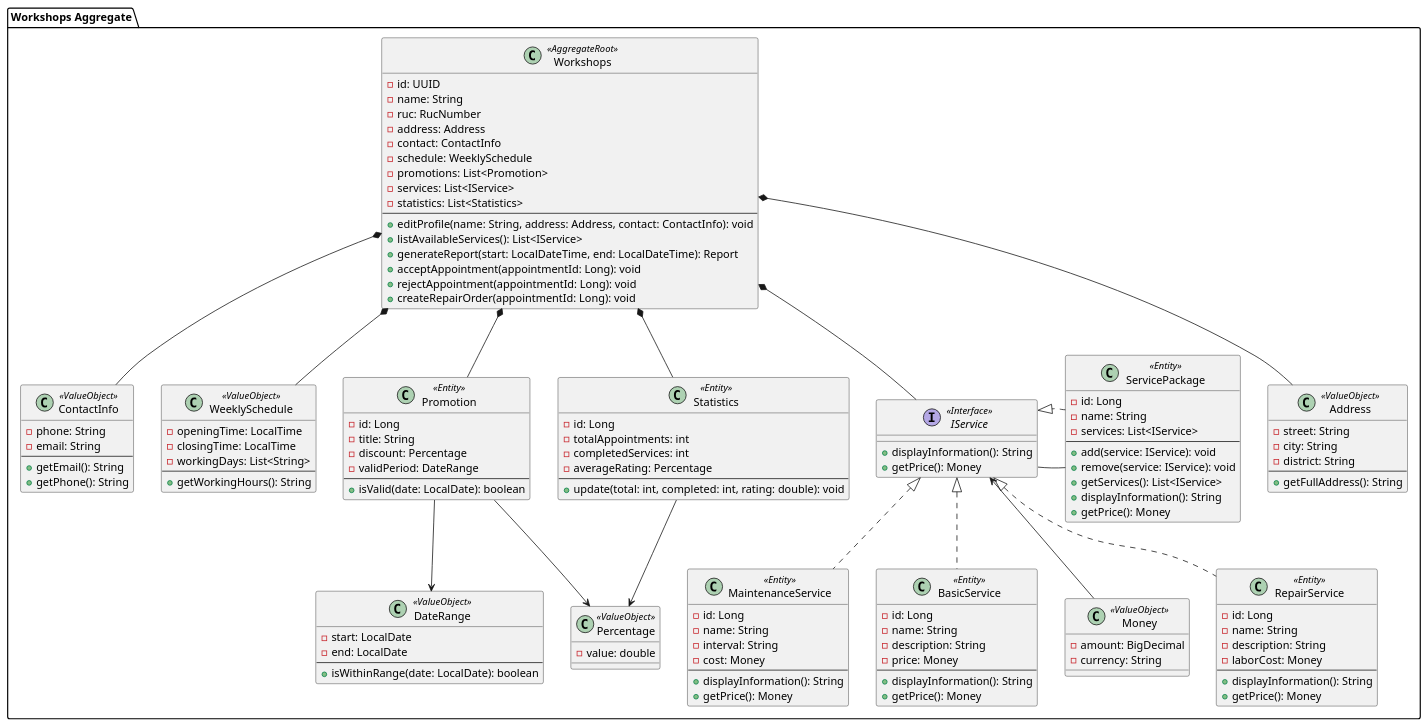
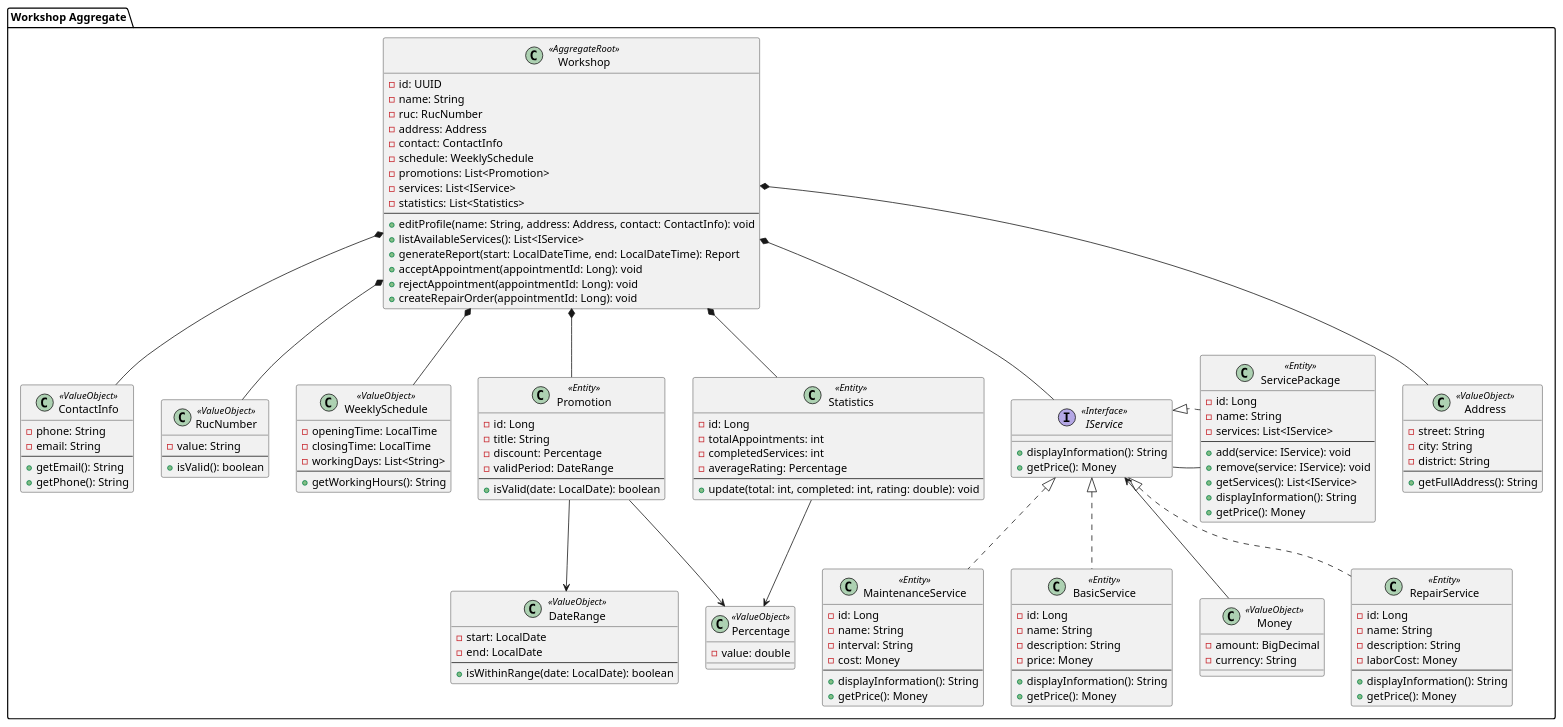
One commit to SoftwareD-P/Proyect-Documentation changed the diagram in Diagrams/aggregates/workshops.puml. Above: the diagram before and after it, drawn with PlantUML. The commit also changed 8 other files, not shown here.

Commit message:
chore: Diagrams updated

```diff
--- a/Diagrams/aggregates/workshops.puml
+++ b/Diagrams/aggregates/workshops.puml
@@ -1,146 +1,151 @@
-@startuml Workshops BC Aggregate
+@startuml Workshop BC Aggregate
 
-package "Workshops Aggregate" {
+package "Workshop Aggregate" {
 
-    class Workshops <<AggregateRoot>> {
+    class Workshop <<AggregateRoot>> {
         - id: UUID
         - name: String
         - ruc: RucNumber
         - address: Address
         - contact: ContactInfo
         - schedule: WeeklySchedule
         - promotions: List<Promotion>
         - services: List<IService>
         - statistics: List<Statistics>
         --
         + editProfile(name: String, address: Address, contact: ContactInfo): void
         + listAvailableServices(): List<IService>
         + generateReport(start: LocalDateTime, end: LocalDateTime): Report
         + acceptAppointment(appointmentId: Long): void
         + rejectAppointment(appointmentId: Long): void
         + createRepairOrder(appointmentId: Long): void
     }
 
     class Address <<ValueObject>> {
         - street: String
         - city: String
         - district: String
         --
         + getFullAddress(): String
     }
 
     class ContactInfo <<ValueObject>> {
         - phone: String
         - email: String
         --
         + getEmail(): String
         + getPhone(): String
     }
-
+    class RucNumber <<ValueObject>> {
+        - value: String
+        --
+        + isValid(): boolean
+    }
     class WeeklySchedule <<ValueObject>> {
         - openingTime: LocalTime
         - closingTime: LocalTime
         - workingDays: List<String>
         --
         + getWorkingHours(): String
     }
 
     class Promotion <<Entity>> {
         - id: Long
         - title: String
         - discount: Percentage
         - validPeriod: DateRange
         --
         + isValid(date: LocalDate): boolean
     }
 
     class Statistics <<Entity>> {
         - id: Long
         - totalAppointments: int
         - completedServices: int
         - averageRating: Percentage
         --
         + update(total: int, completed: int, rating: double): void
     }
 
     class Percentage <<ValueObject>> {
         - value: double
     }
 
     class DateRange <<ValueObject>> {
         - start: LocalDate
         - end: LocalDate
         --
         + isWithinRange(date: LocalDate): boolean
     }
 
     class Money <<ValueObject>> {
         - amount: BigDecimal
         - currency: String
     }
 
     interface IService <<Interface>> {
         + displayInformation(): String
         + getPrice(): Money
     }
 
     class RepairService <<Entity>> {
         - id: Long
         - name: String
         - description: String
         - laborCost: Money
         --
         + displayInformation(): String
         + getPrice(): Money
     }
 
     class MaintenanceService <<Entity>> {
         - id: Long
         - name: String
         - interval: String
         - cost: Money
         --
         + displayInformation(): String
         + getPrice(): Money
     }
 
     class BasicService <<Entity>> {
         - id: Long
         - name: String
         - description: String
         - price: Money
         --
         + displayInformation(): String
         + getPrice(): Money
     }
 
     class ServicePackage <<Entity>> {
         - id: Long
         - name: String
         - services: List<IService>
         --
         + add(service: IService): void
         + remove(service: IService): void
         + getServices(): List<IService>
         + displayInformation(): String
         + getPrice(): Money
     }
 
-    Workshops *-- Address
-    Workshops *-- ContactInfo
-    Workshops *-- WeeklySchedule
-    Workshops *-- Promotion
-    Workshops *-- Statistics
-    Workshops *-- IService
+    Workshop *-- Address
+    Workshop *-- ContactInfo
+    Workshop *-- RucNumber
+    Workshop *-- WeeklySchedule
+    Workshop *-- Promotion
+    Workshop *-- Statistics
+    Workshop *-- IService
     ServicePackage -- IService
 
     IService <|.. RepairService
     IService <|.. MaintenanceService
     IService <|.. BasicService
     IService <|.left. ServicePackage
     IService <-down- Money
     Statistics -down-> Percentage
     Promotion -down-> DateRange
     Promotion -down-> Percentage
 }
 @enduml
```
